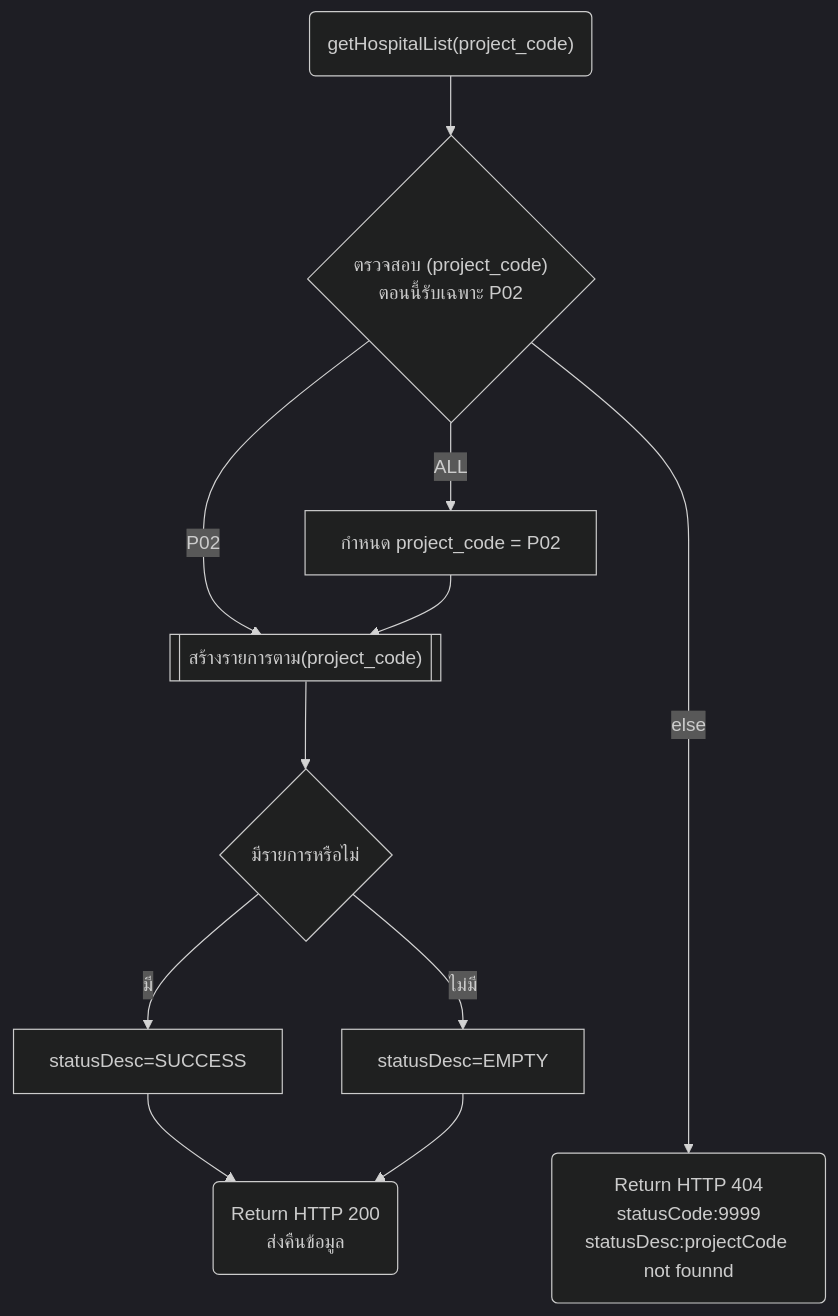
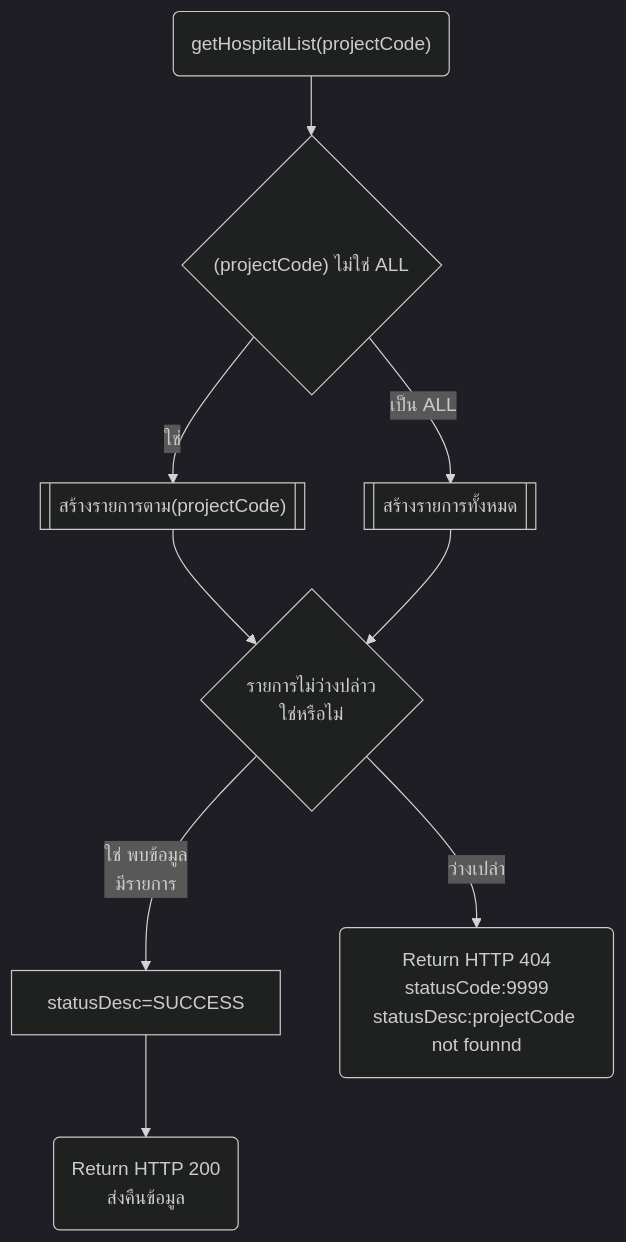
The diagram in ktb-amed/flowchart/getHospital.md (lionants02/public), drawn with Mermaid (dark theme) before and after one commit.

Commit message:
ปรับ flow getHospital

````diff
--- a/ktb-amed/flowchart/getHospital.md
+++ b/ktb-amed/flowchart/getHospital.md
@@ -4,22 +4,22 @@
 ```mermaid
 flowchart TD
-    s("getHospitalList(project_code)")
-    v{"ตรวจสอบ (project_code)<br>ตอนนี้รับเฉพาะ P02"}
-    p[["สร้างรายการตาม(project_code)"]]
-    check_empty{"มีรายการหรือไม่"}
+    s("getHospitalList(projectCode)")
+    v{"(projectCode) ไม่ใช่ ALL"}
+    p[["สร้างรายการตาม(projectCode)"]]
+    check_empty{"รายการไม่ว่างปล่าว </br>ใช่หรือไม่"}
     success["statusDesc=SUCCESS"]
     r("Return HTTP 200 <br>ส่งคืนข้อมูล")
 
-    s-->v-->|P02|p-->check_empty-->|"มี"|success-->r
+    s-->v-->|ใช่|p-->check_empty-->|"ใช่ พบข้อมูล </br>มีรายการ"|success-->r
 
-    all["กำหนด project_code = P02"]
-    v-->|ALL|all
-    all-->p
+    all[["สร้างรายการทั้งหมด"]]
+    
+    %% projectCode เป็น ALL
+    v-->|เป็น ALL|all
+    all-->check_empty
 
+    %% เมื่อไม่มีข้อมูลรายการ
     else("Return HTTP 404<br>statusCode:9999<br>statusDesc:projectCode not founnd")
-    v------>|else|else
-
-    empty["statusDesc=EMPTY"]
-    check_empty-->|"ไม่มี"|empty-->r
+    check_empty-->|"ว่างเปล่า"|else
 
 ```
````
